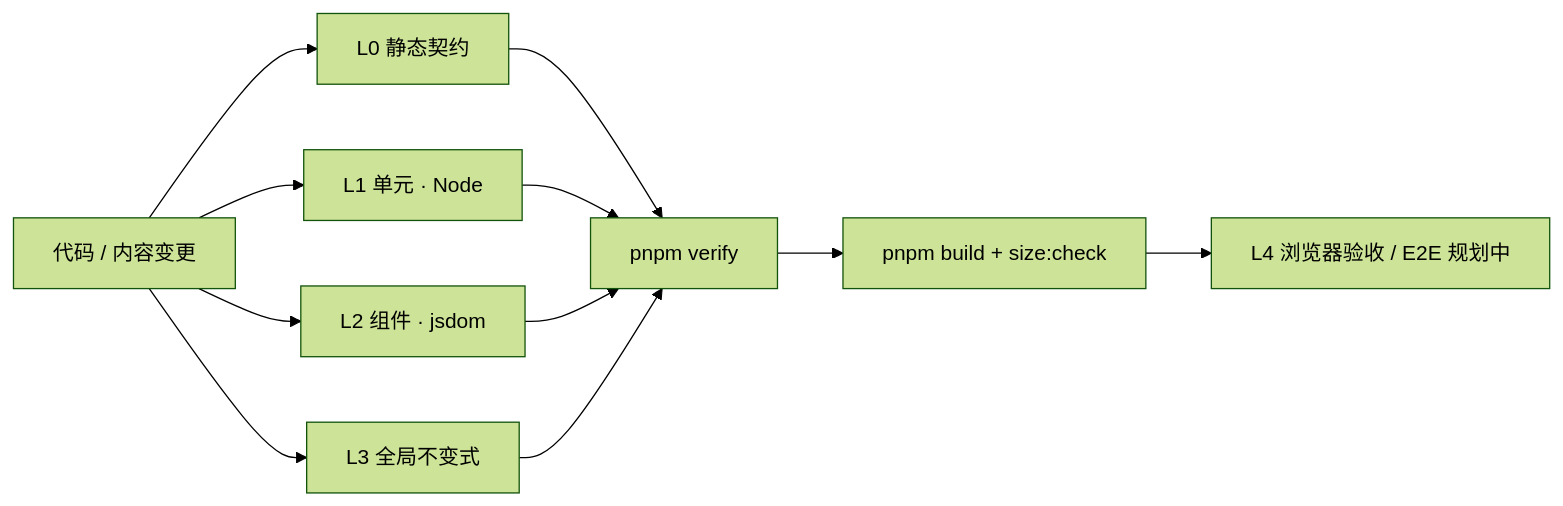
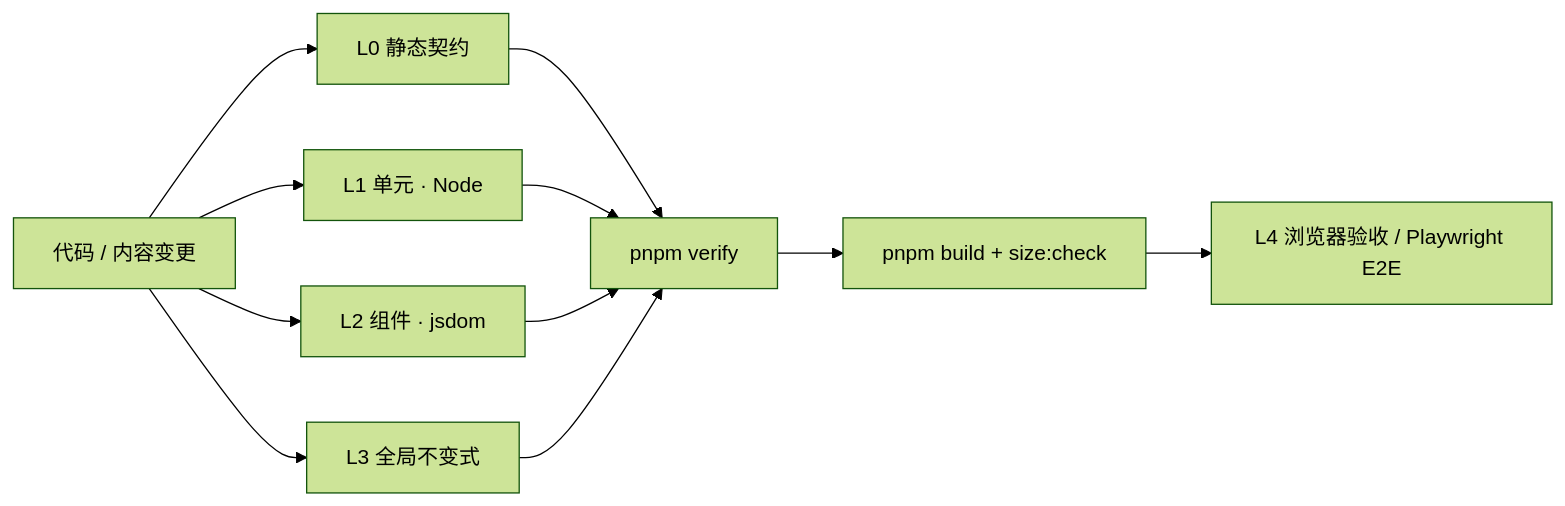
One commit to hellofxx/dezhou changed the diagram in docs/testing/README.md. Above: the diagram before and after it, drawn with Mermaid (forest theme). The commit also changed other lines of this file and 132 other files, not shown here.

````diff
--- a/docs/testing/README.md
+++ b/docs/testing/README.md
@@ -40,13 +40,13 @@
 ```mermaid
 flowchart LR
   C[代码 / 内容变更] --> L0[L0 静态契约]
   C --> L1[L1 单元 · Node]
   C --> L2[L2 组件 · jsdom]
   C --> L3[L3 全局不变式]
   L0 --> V[pnpm verify]
   L1 --> V
   L2 --> V
   L3 --> V
   V --> B[pnpm build + size:check]
-  B --> L4[L4 浏览器验收 / E2E 规划中]
+  B --> L4[L4 浏览器验收 / Playwright E2E]
 ```
````
